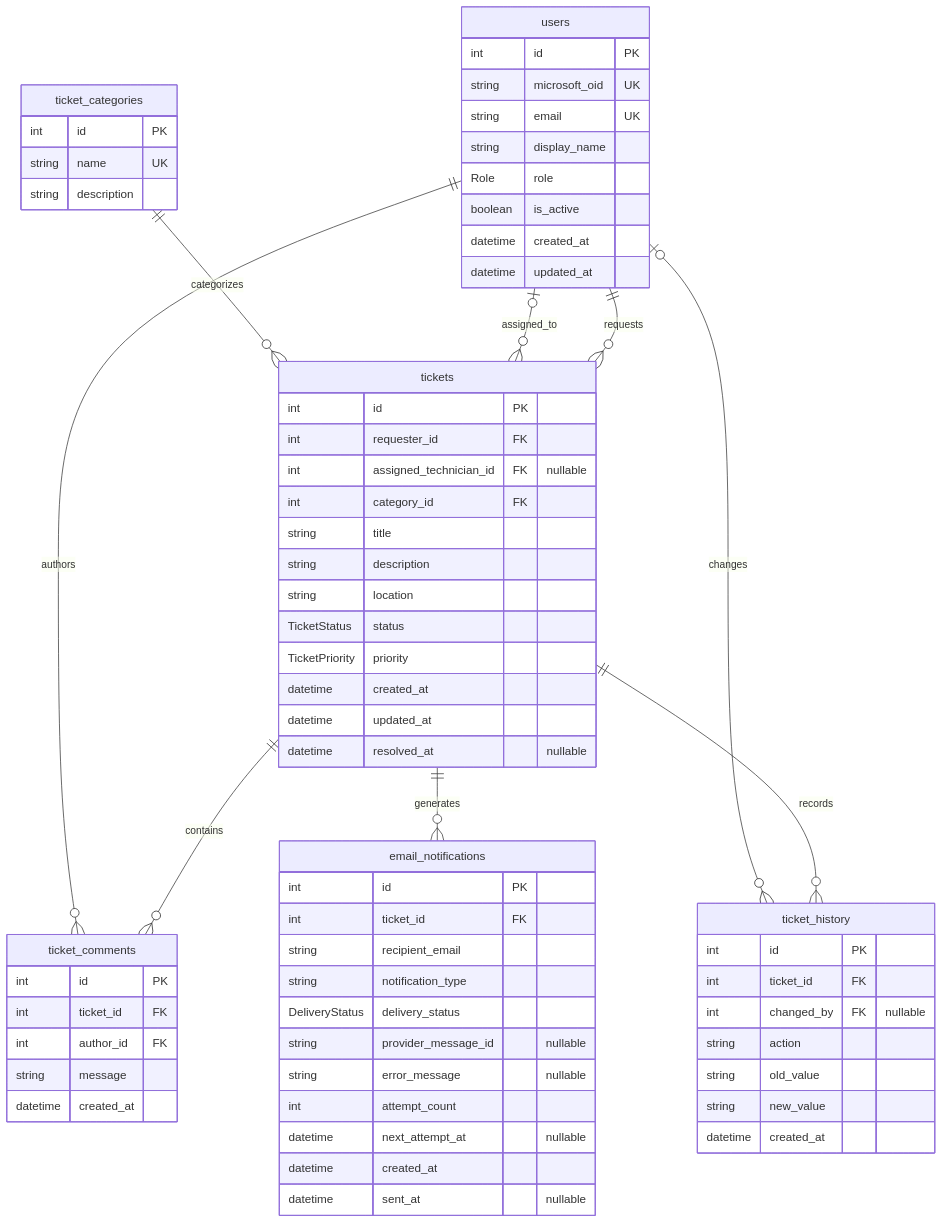
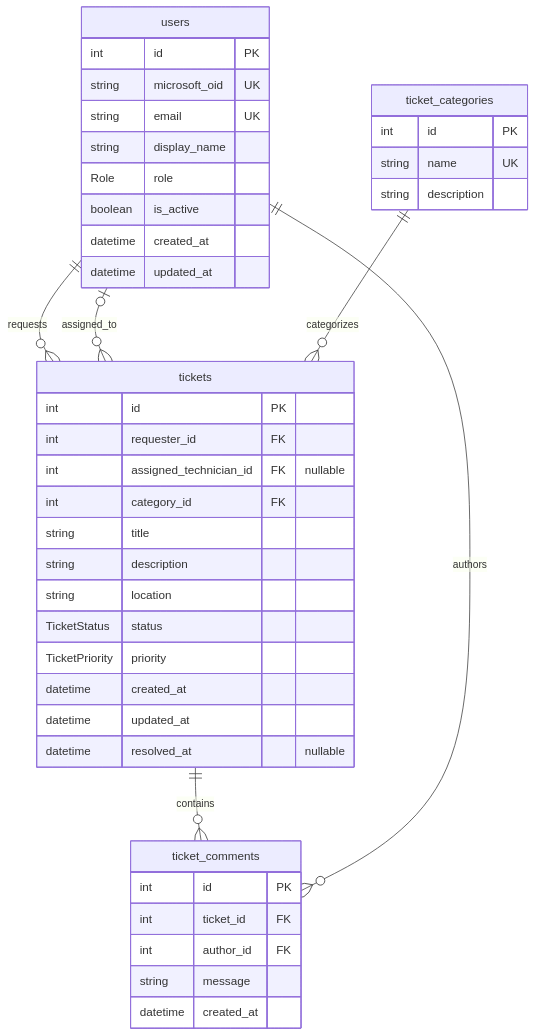
Before and after one commit to DanilaDerii/campus-helpdesk-backend: the diagram in project_description/ERD.md, drawn with Mermaid. The commit also changed 57 other files, not shown here.

````diff
--- a/project_description/ERD.md
+++ b/project_description/ERD.md
@@ -6,70 +6,45 @@
 ```mermaid
 erDiagram
     users ||--o{ tickets : requests
     users o|--o{ tickets : assigned_to
     ticket_categories ||--o{ tickets : categorizes
     tickets ||--o{ ticket_comments : contains
     users ||--o{ ticket_comments : authors
-    tickets ||--o{ ticket_history : records
-    users o|--o{ ticket_history : changes
-    tickets ||--o{ email_notifications : generates
 
     users {
         int id PK
         string microsoft_oid UK
         string email UK
         string display_name
         Role role
         boolean is_active
         datetime created_at
         datetime updated_at
     }
     ticket_categories {
         int id PK
         string name UK
         string description
     }
     tickets {
         int id PK
         int requester_id FK
         int assigned_technician_id FK "nullable"
         int category_id FK
         string title
         string description
         string location
         TicketStatus status
         TicketPriority priority
         datetime created_at
         datetime updated_at
         datetime resolved_at "nullable"
     }
     ticket_comments {
         int id PK
         int ticket_id FK
         int author_id FK
         string message
         datetime created_at
     }
-    ticket_history {
-        int id PK
-        int ticket_id FK
-        int changed_by FK "nullable"
-        string action
-        string old_value
-        string new_value
-        datetime created_at
-    }
-    email_notifications {
-        int id PK
-        int ticket_id FK
-        string recipient_email
-        string notification_type
-        DeliveryStatus delivery_status
-        string provider_message_id "nullable"
-        string error_message "nullable"
-        int attempt_count
-        datetime next_attempt_at "nullable"
-        datetime created_at
-        datetime sent_at "nullable"
-    }
 ```
````
